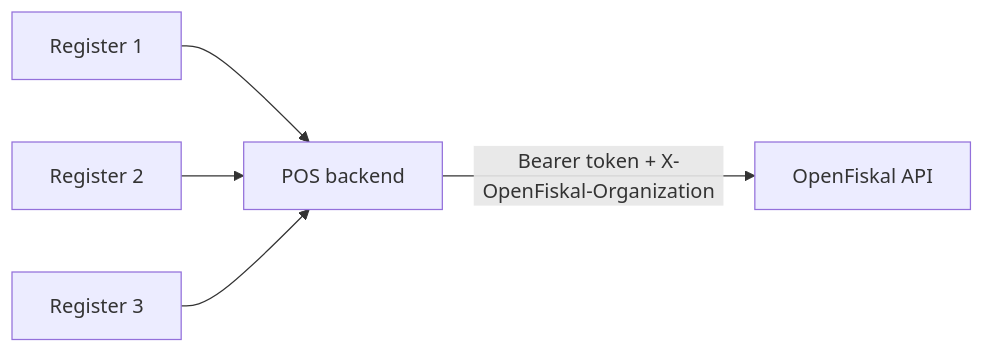
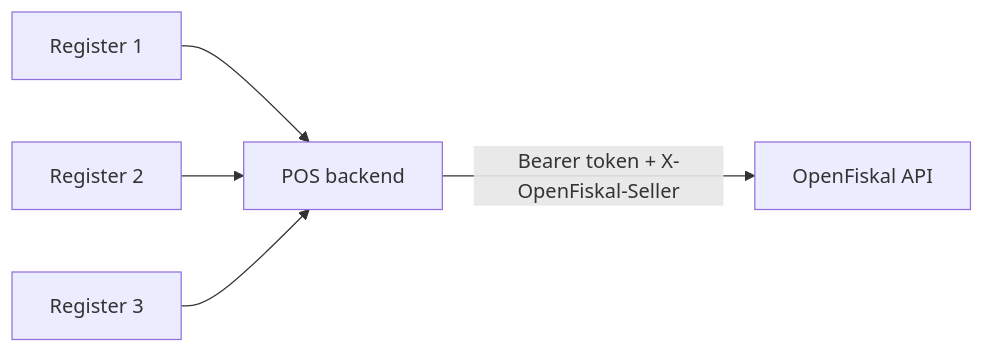
The diagram in integration-topologies.mdx (F-C-Corp/docs), drawn with Mermaid before and after one commit. The commit also changed other lines of this file and 12 other files, not shown here.

````diff
--- a/integration-topologies.mdx
+++ b/integration-topologies.mdx
@@ -12,7 +12,7 @@
 ```mermaid
 flowchart LR
     R1["Register 1"] --> B["POS backend"]
     R2["Register 2"] --> B
     R3["Register 3"] --> B
-    B -- "Bearer token + X-OpenFiskal-Organization" --> O["OpenFiskal API"]
+    B -- "Bearer token + X-OpenFiskal-Seller" --> O["OpenFiskal API"]
 ```
````
